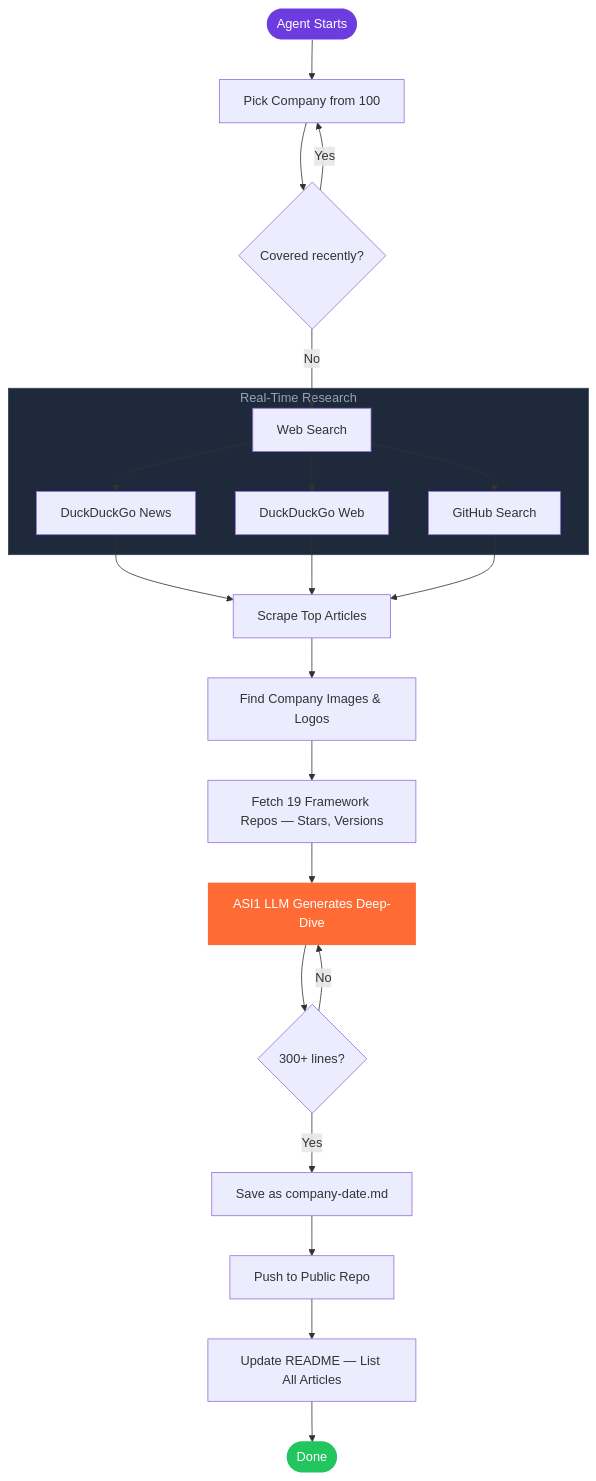
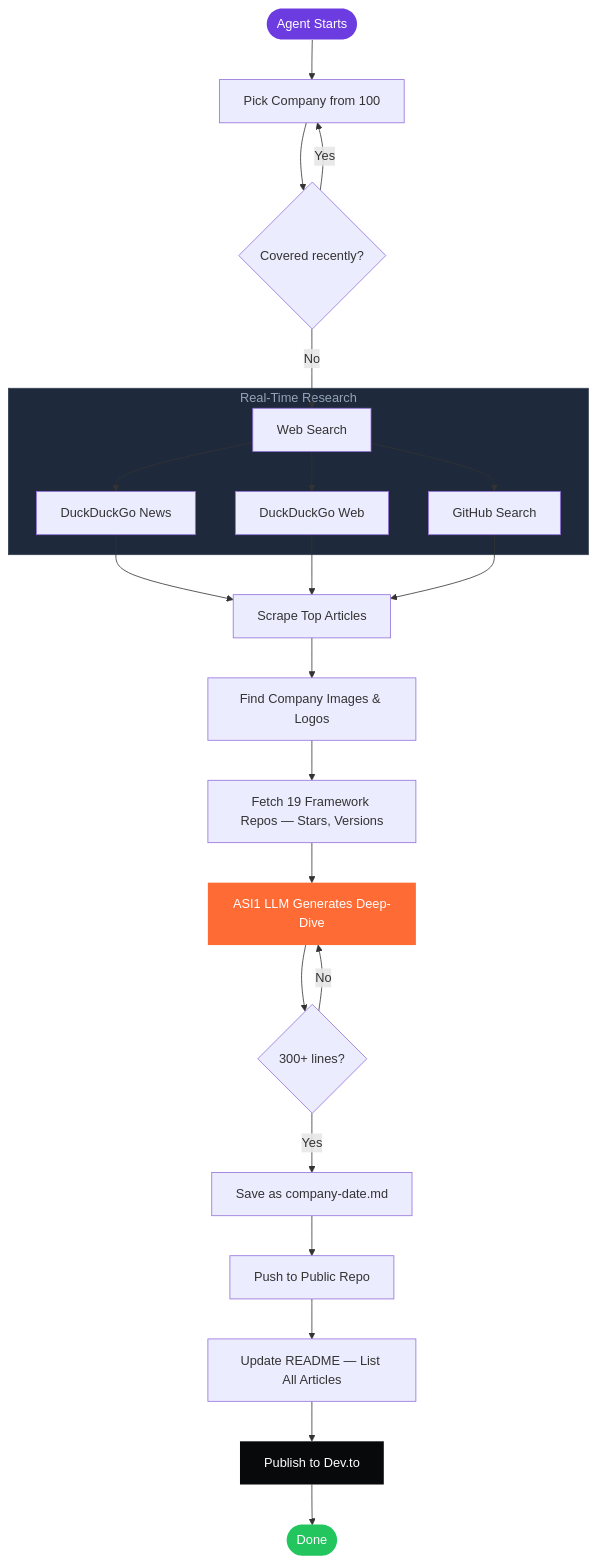
One commit to gautammanak1/ai-tech-daily-agent changed the first of 2 diagrams in README.md. Above: the diagram before and after it, drawn with Mermaid. The commit also changed other lines of this file and 4 other files, not shown here.

First line of the commit message:
feat: auto-publish articles to Dev.to via API

````diff
--- a/README.md
+++ b/README.md
@@ -43,34 +46,36 @@
 ```mermaid
 flowchart TD
     START([Agent Starts]) --> PICK[Pick Company from 100]
     PICK --> CHECK{Covered recently?}
     CHECK -->|Yes| PICK
     CHECK -->|No| SEARCH
 
     subgraph Research [" Real-Time Research "]
         SEARCH[Web Search] --> NEWS[DuckDuckGo News]
         SEARCH --> WEB[DuckDuckGo Web]
         SEARCH --> GH[GitHub Search]
     end
 
     NEWS --> SCRAPE[Scrape Top Articles]
     WEB --> SCRAPE
     GH --> SCRAPE
 
     SCRAPE --> IMG[Find Company Images & Logos]
     IMG --> REPOS[Fetch 19 Framework Repos — Stars, Versions]
 
     REPOS --> LLM[ASI1 LLM Generates Deep-Dive]
     LLM --> VALIDATE{300+ lines?}
     VALIDATE -->|No| LLM
     VALIDATE -->|Yes| SAVE[Save as company-date.md]
 
     SAVE --> PUSH[Push to Public Repo]
     PUSH --> README[Update README — List All Articles]
-    README --> DONE([Done])
+    README --> DEVTO[Publish to Dev.to]
+    DEVTO --> DONE([Done])
 
     style START fill:#6C3CE1,color:#fff,stroke:none
     style DONE fill:#22c55e,color:#fff,stroke:none
     style LLM fill:#FF6B35,color:#fff,stroke:none
+    style DEVTO fill:#08090a,color:#fff,stroke:none
     style Research fill:#1e293b,color:#94a3b8,stroke:#334155
 ```
````
